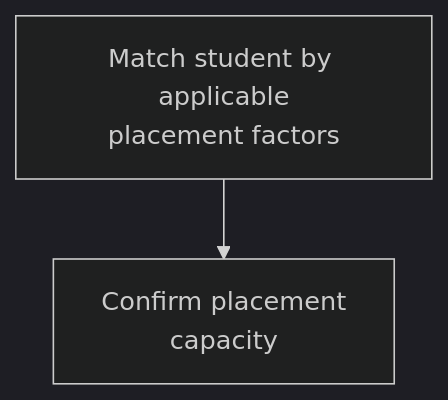
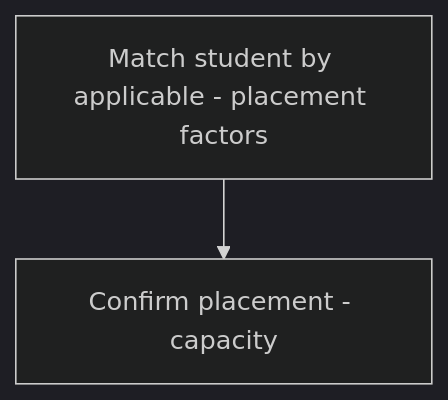
One commit to RIAHPathway/Website-Draft changed the fifth of 18 diagrams in RIAH-PATHWAY-EXPERIENTIAL-STRUCTURE/EXPERIENTIAL-STRUCTURE.md. Above: the diagram before and after it, drawn with Mermaid (dark theme). The commit also changed other lines of this file, not shown here.

````diff
--- a/RIAH-PATHWAY-EXPERIENTIAL-STRUCTURE/EXPERIENTIAL-STRUCTURE.md
+++ b/RIAH-PATHWAY-EXPERIENTIAL-STRUCTURE/EXPERIENTIAL-STRUCTURE.md
@@ -518,4 +518,4 @@
 ```mermaid
 flowchart TD
-    A["Match student by applicable<br>placement factors"] --> B["Confirm placement<br>capacity"]
+    A["Match student by applicable - placement factors"] --> B["Confirm placement - capacity"]
 ```
````
